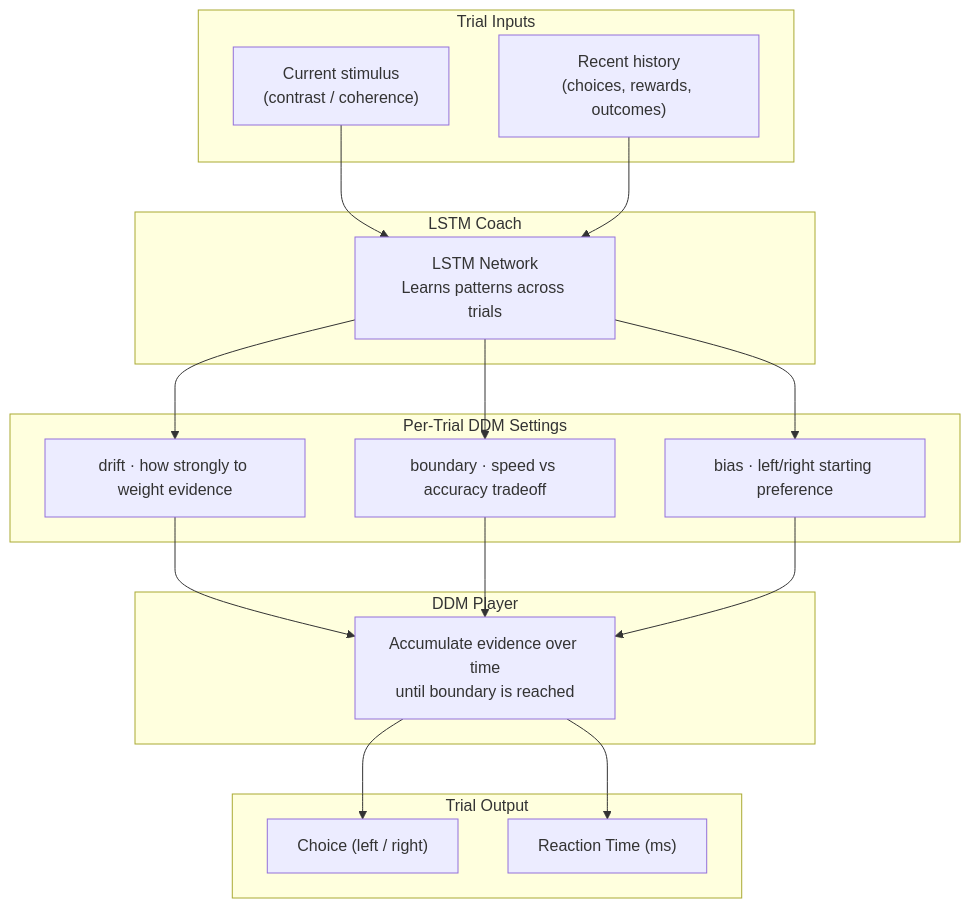
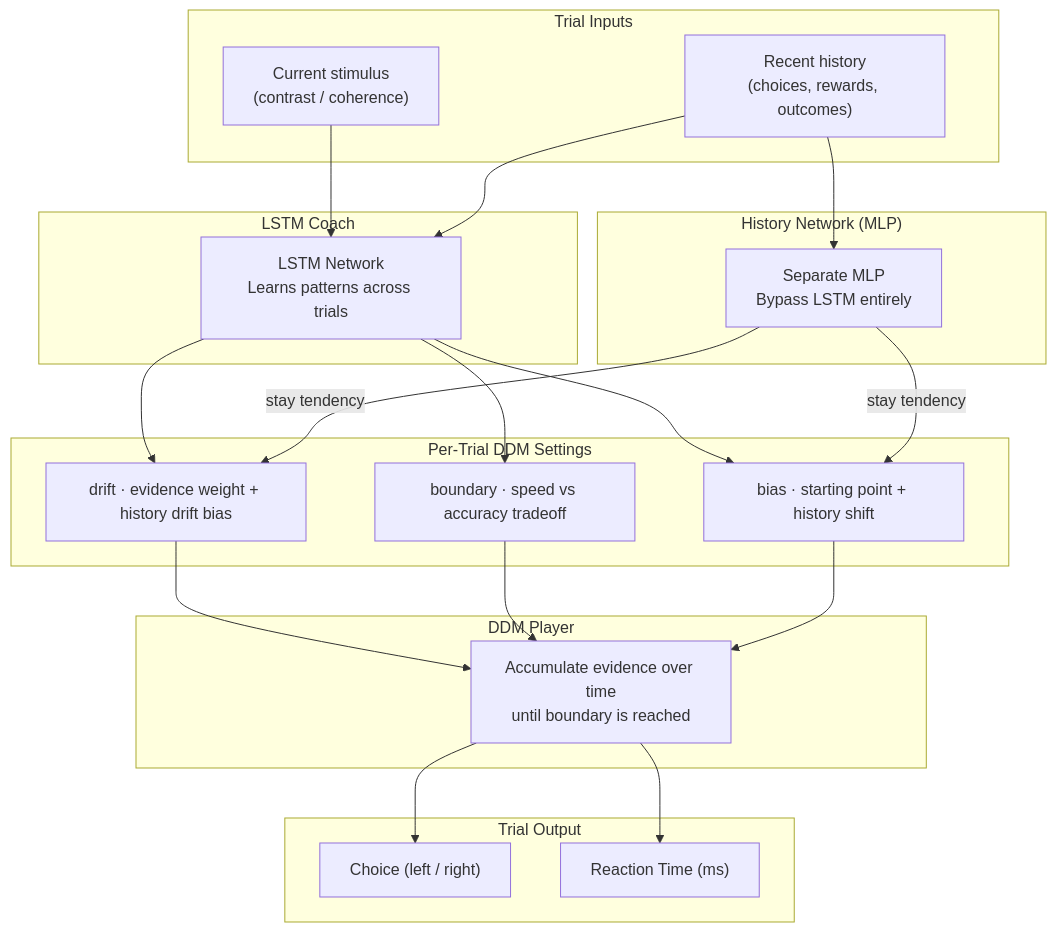
One commit to ermanakar/animaltasksim changed the third of 4 diagrams in docs/THEORY_AND_CONCEPTS.md. Above: the diagram before and after it, drawn with Mermaid. The commit also changed other lines of this file, not shown here.

First line of the commit message:
docs: update Theory & Concepts with history network and drift-rate bias

````diff
--- a/docs/THEORY_AND_CONCEPTS.md
+++ b/docs/THEORY_AND_CONCEPTS.md
@@ -142,37 +155,44 @@
 ```mermaid
 flowchart TD
     subgraph Inputs["Trial Inputs"]
         S["Current stimulus\n(contrast / coherence)"]
         H["Recent history\n(choices, rewards, outcomes)"]
     end
 
     subgraph Coach["LSTM Coach"]
         L["LSTM Network\nLearns patterns across trials"]
     end
 
+    subgraph Habit["History Network (MLP)"]
+        HN["Separate MLP\nBypass LSTM entirely"]
+    end
+
     subgraph Params["Per-Trial DDM Settings"]
-        D["drift · how strongly to weight evidence"]
+        D["drift · evidence weight + history drift bias"]
         B["boundary · speed vs accuracy tradeoff"]
-        BI["bias · left/right starting preference"]
+        BI["bias · starting point + history shift"]
     end
 
     subgraph Player["DDM Player"]
         P["Accumulate evidence over time\nuntil boundary is reached"]
     end
 
     subgraph Output["Trial Output"]
         C["Choice (left / right)"]
         R["Reaction Time (ms)"]
     end
 
     S --> L
     H --> L
+    H --> HN
     L --> D
     L --> B
     L --> BI
+    HN -->|"stay tendency"| D
+    HN -->|"stay tendency"| BI
     D --> P
     B --> P
     BI --> P
     P --> C
     P --> R
 ```
````
